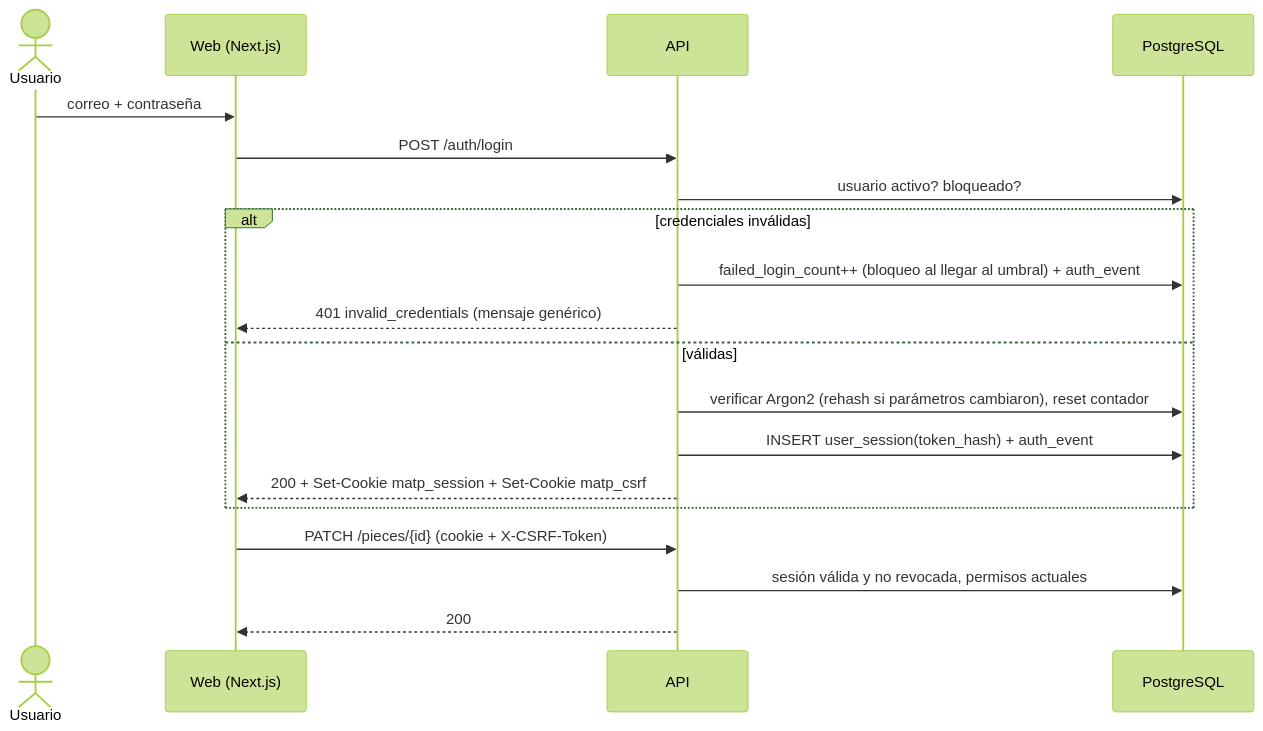
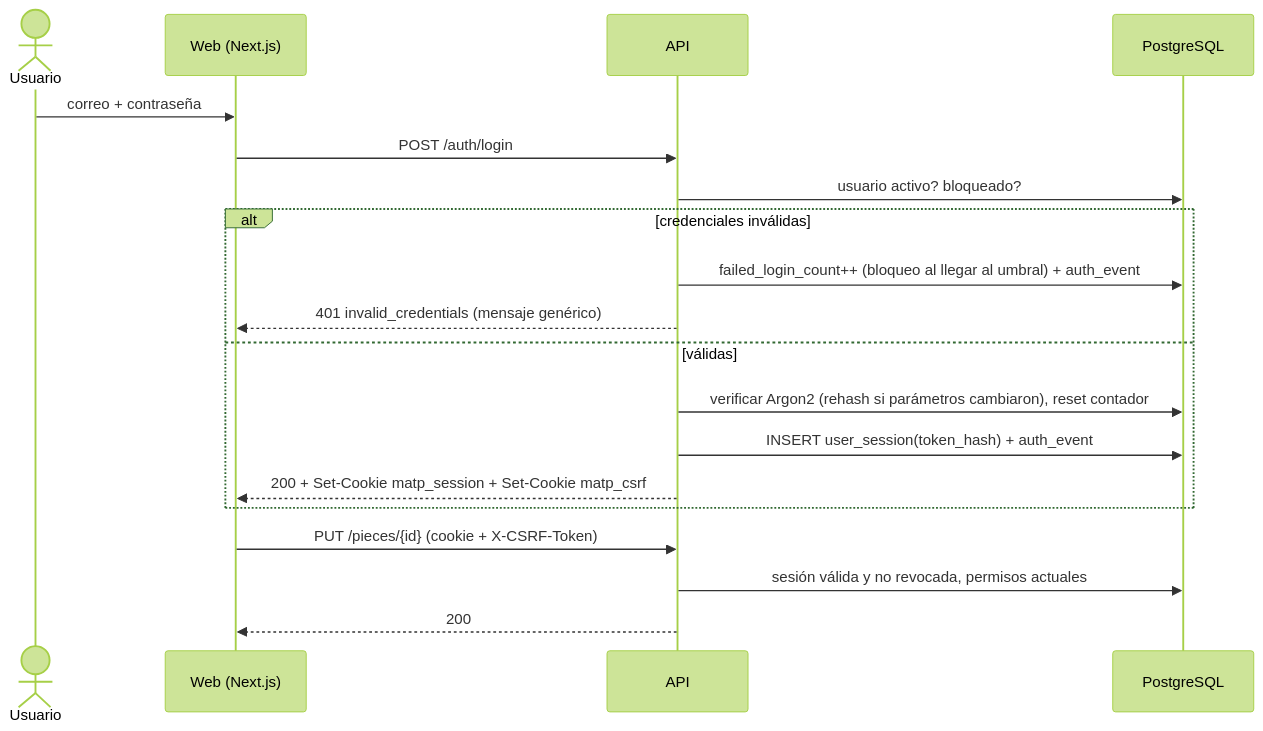
Before and after one commit to AndreAsenjo18/MATP-PUCP: the diagram in openspec/changes/autenticacion-y-matriz-permisos/design.md, drawn with Mermaid (forest theme). The commit also changed 23 other files, not shown here.

````diff
--- a/openspec/changes/autenticacion-y-matriz-permisos/design.md
+++ b/openspec/changes/autenticacion-y-matriz-permisos/design.md
@@ -27,21 +27,21 @@
 ```mermaid
 sequenceDiagram
     actor U as Usuario
     participant W as Web (Next.js)
     participant A as API
     participant DB as PostgreSQL
     U->>W: correo + contraseña
     W->>A: POST /auth/login
     A->>DB: usuario activo? bloqueado?
     alt credenciales inválidas
         A->>DB: failed_login_count++ (bloqueo al llegar al umbral) + auth_event
         A-->>W: 401 invalid_credentials (mensaje genérico)
     else válidas
         A->>DB: verificar Argon2 (rehash si parámetros cambiaron), reset contador
         A->>DB: INSERT user_session(token_hash) + auth_event
         A-->>W: 200 + Set-Cookie matp_session + Set-Cookie matp_csrf
     end
-    W->>A: PATCH /pieces/{id} (cookie + X-CSRF-Token)
+    W->>A: PUT /pieces/{id} (cookie + X-CSRF-Token)
     A->>DB: sesión válida y no revocada, permisos actuales
     A-->>W: 200
 ```
````
